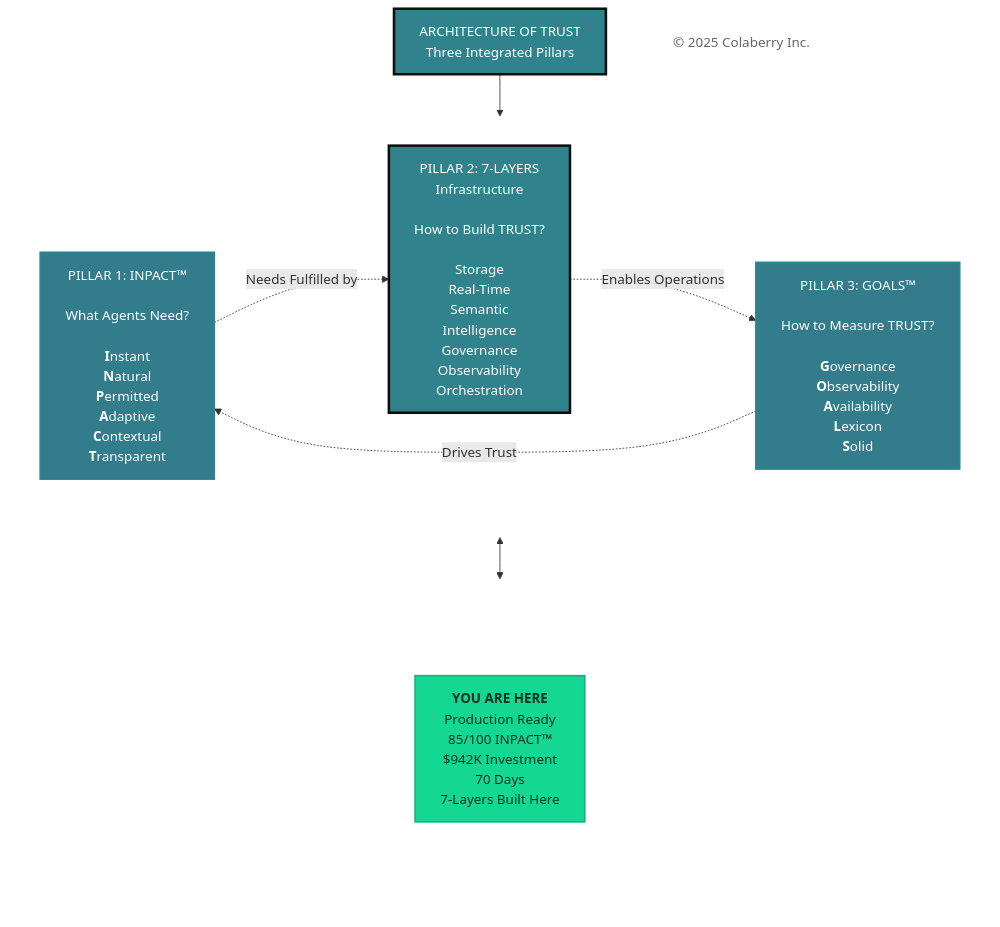
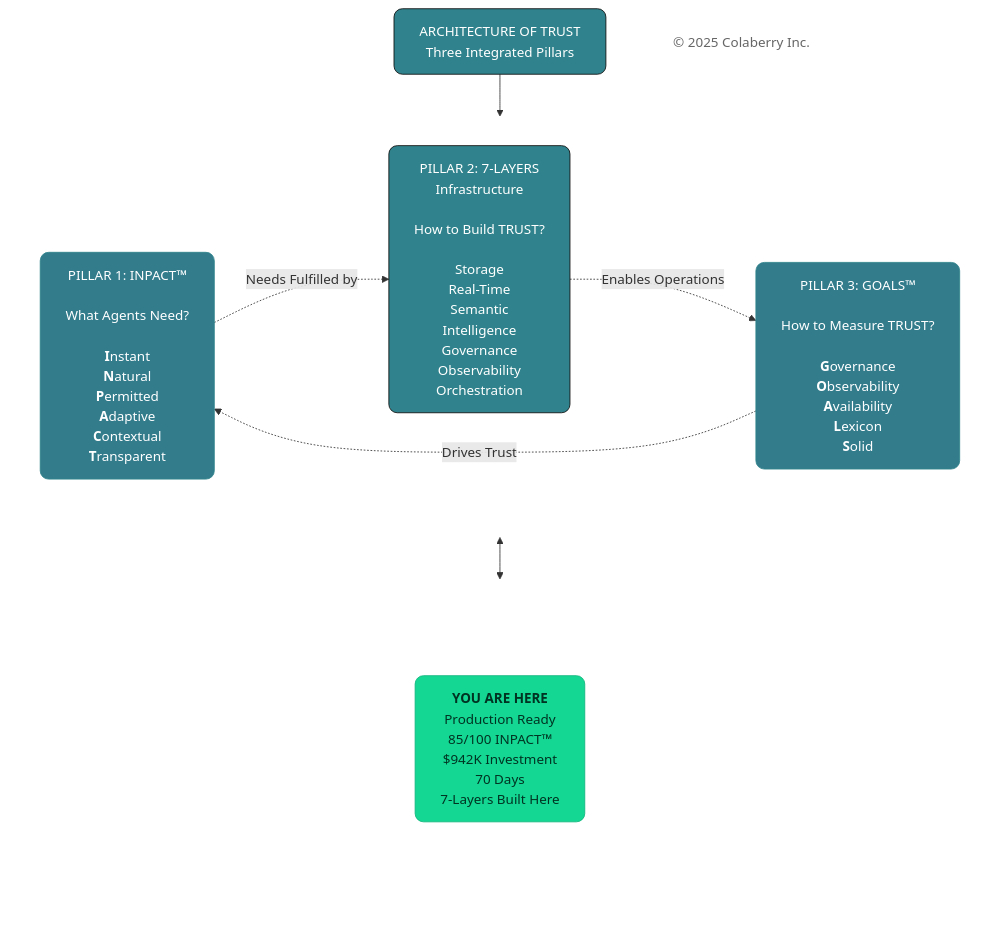
One commit to colaberry/trust-before-intelligence-book changed diagram 14 of 14 in manuscript/07_chapter_6_transparency_orchestration_layers.md. Above: the diagram before and after it, drawn with Mermaid. The commit also changed other lines of this file and 12 other files, not shown here.

````diff
--- a/manuscript/07_chapter_6_transparency_orchestration_layers.md
+++ b/manuscript/07_chapter_6_transparency_orchestration_layers.md
@@ -1283,46 +1283,46 @@
 ```mermaid
 
 
 
 
 graph TB
     Title["ARCHITECTURE OF TRUST<br/>Three Integrated Pillars"]
     
     subgraph PILLARS[" "]
         direction LR
         INPACT["`PILLAR 1: INPACT™<br/><br/>What Agents Need?<br/><br/>**I**nstant<br/>**N**atural<br/>**P**ermitted<br/>**A**daptive<br/>**C**ontextual<br/>**T**ransparent`"]
         
         Layers["PILLAR 2: 7-LAYERS<br/>Infrastructure<br/><br/>How to Build TRUST?<br/><br/>Storage<br/>Real-Time<br/>Semantic<br/>Intelligence<br/>Governance<br/>Observability<br/>Orchestration"]
         
         GOALS["`PILLAR 3: GOALS™<br/><br/>How to Measure TRUST?<br/><br/>**G**overnance<br/>**O**bservability<br/>**A**vailability<br/>**L**exicon<br/>**S**olid`"]
     end
     
     subgraph INDICATOR[" "]
         direction LR
         Spacer1[" "]
         YouAreHere["<b>YOU ARE HERE</b><br/>Production Ready<br/>85/100 INPACT™<br/>$942K Investment<br/>70 Days <br/> 7-Layers Built Here"]
         Spacer2[" "]
     end
     
     Copyright["© 2025 Colaberry Inc."]
     
     Title --> PILLARS
     PILLARS <--> INDICATOR
     
     INPACT -.->|"Needs Fulfilled by"| Layers
     Layers -.->|"Enables Operations"| GOALS
     GOALS -.->|"Drives Trust"| INPACT
 
-    style Title fill:#30838C,color:#ffffff,stroke:#0D0D0D,stroke-width:3px
-    style PILLARS fill:none,stroke:none
-    style INDICATOR fill:none,stroke:none
-    style INPACT fill:#327C8C,stroke:#30838C,stroke-width:2px,color:#ffffff
-    style Layers fill:#30838C,stroke:#0D0D0D,stroke-width:3px,color:#ffffff
-    style GOALS fill:#327C8C,stroke:#30838C,stroke-width:2px,color:#ffffff
-    style Spacer1 fill:none,stroke:none,color:transparent
-    style YouAreHere fill:#14D793,color:#003322,stroke:#0FB67D,stroke-width:2px
-    style Spacer2 fill:none,stroke:none,color:transparent
-    style Copyright fill:#ffffff,stroke:none,color:#666666
+    style Title fill:#30838C,color:#ffffff,stroke:#0D0D0D,stroke-width:1px,rx:10,ry:10
+    style PILLARS fill:none,stroke:none,rx:10,ry:10
+    style INDICATOR fill:none,stroke:none,rx:10,ry:10
+    style INPACT fill:#327C8C,stroke:#30838C,stroke-width:1px,color:#ffffff,rx:10,ry:10
+    style Layers fill:#30838C,stroke:#0D0D0D,stroke-width:1px,color:#ffffff,rx:10,ry:10
+    style GOALS fill:#327C8C,stroke:#30838C,stroke-width:1px,color:#ffffff,rx:10,ry:10
+    style Spacer1 fill:none,stroke:none,color:transparent,rx:10,ry:10
+    style YouAreHere fill:#14D793,color:#003322,stroke:#0FB67D,stroke-width:1px,rx:10,ry:10
+    style Spacer2 fill:none,stroke:none,color:transparent,rx:10,ry:10
+    style Copyright fill:none,stroke:none,color:#666666
 
 
 ```
````
